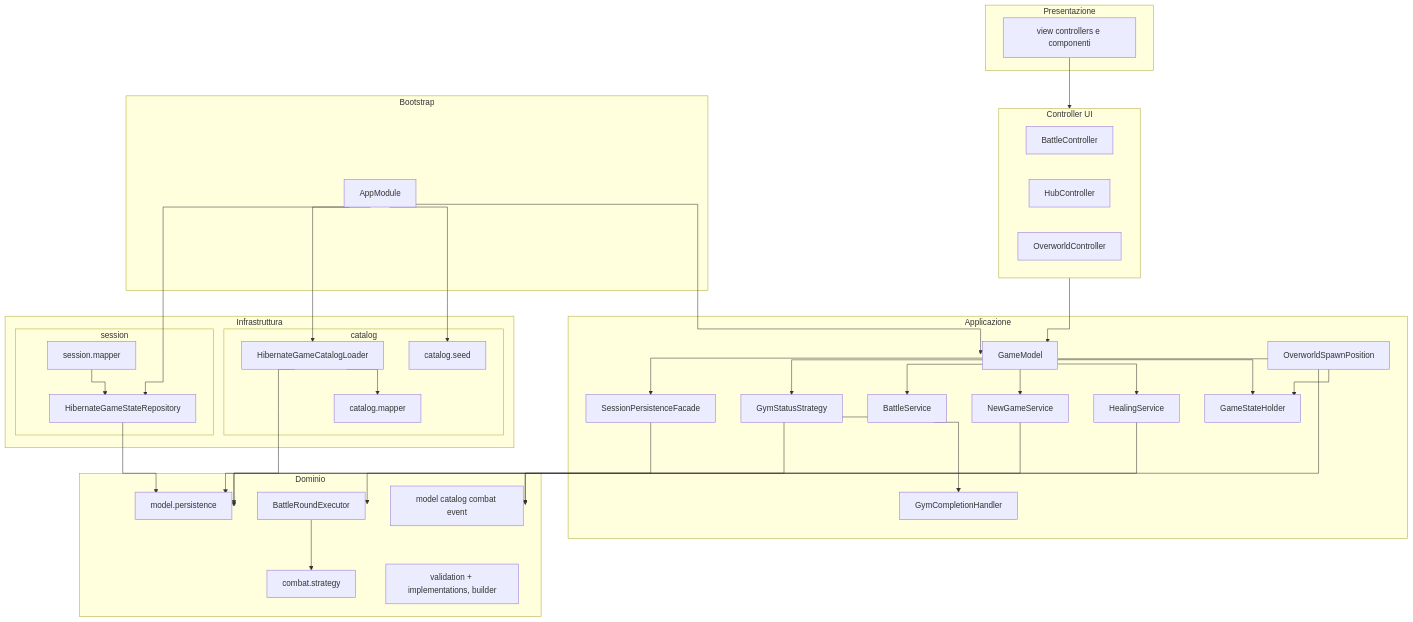
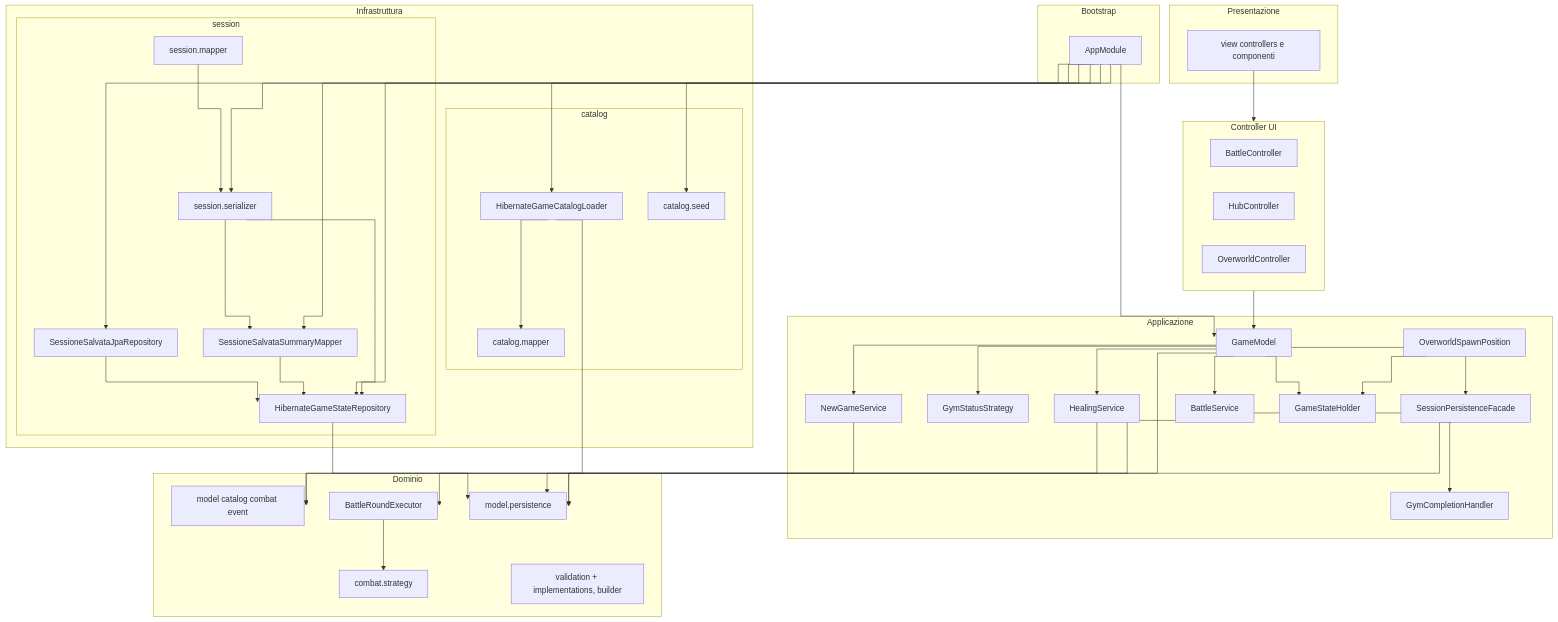
Before and after one commit to ValerioGiglio04/rpg-MPGC: the diagram in .github/wiki-pages/Responsabilita-e-architettura.md, drawn with Mermaid. The commit also changed other lines of this file and 13 other files, not shown here.

Commit message:
estratto SessioneSalvataJpaRepository e SummaryMapper e semplificato AbstractHibernateAdapter

````diff
--- a/.github/wiki-pages/Responsabilita-e-architettura.md
+++ b/.github/wiki-pages/Responsabilita-e-architettura.md
@@ -37,68 +37,78 @@
 ```mermaid
 %%{init: {'flowchart': {'curve': 'stepAfter'}}}%%
 flowchart TB
   subgraph presentation [Presentazione]
     UI[view controllers e componenti]
   end
   subgraph model.service_layer [Applicazione]
     GS[GameModel]
     SPF[SessionPersistenceFacade]
     GSS[GymStatusStrategy]
     BS[BattleService]
     NG[NewGameService]
     HS[HealingService]
     GCH[GymCompletionHandler]
     GSH[GameStateHolder]
     OSP[OverworldSpawnPosition]
   end
   subgraph model_layer [Dominio]
     Models[model catalog combat event]
     BRE[BattleRoundExecutor]
     Ports[model.persistence]
     Strat[combat.strategy]
     Valid[validation + implementations, builder]
   end
   subgraph infrastructure [Infrastruttura]
     subgraph catalog_model.persistence [catalog]
       HCat[HibernateGameCatalogLoader]
       CEM[catalog.mapper]
       Seed[catalog.seed]
     end
     subgraph session_model.persistence [session]
       JRepo[HibernateGameStateRepository]
+      JpaRepo[SessioneSalvataJpaRepository]
+      SumMapper[SessioneSalvataSummaryMapper]
+      Ser[session.serializer]
       Mapper[session.mapper]
     end
   end
   subgraph bootstrap [Bootstrap]
     AM[AppModule]
   end
   subgraph controllers [Controller UI]
     BP[BattleController]
     HP[HubController]
     OP[OverworldController]
   end
   UI --> controllers
   controllers --> GS
   GS --> SPF
   GS --> GSS
   GS --> BS
   GS --> NG
   GS --> HS
   GS --> GSH
   GS --> Ports
   SPF --> Ports
   BS --> BRE
   BRE --> Strat
   BS --> GCH
   NG --> Models
   HS --> Models
   OSP --> GSH
   JRepo --> Ports
+  JpaRepo --> JRepo
+  SumMapper --> JRepo
+  Ser --> JRepo
+  Ser --> SumMapper
+  Mapper --> Ser
   HCat --> Ports
   HCat --> CEM
-  Mapper --> JRepo
   AM --> JRepo
+  AM --> JpaRepo
+  AM --> SumMapper
+  AM --> Ser
   AM --> HCat
   AM --> Seed
   AM --> GS
 ```
````
